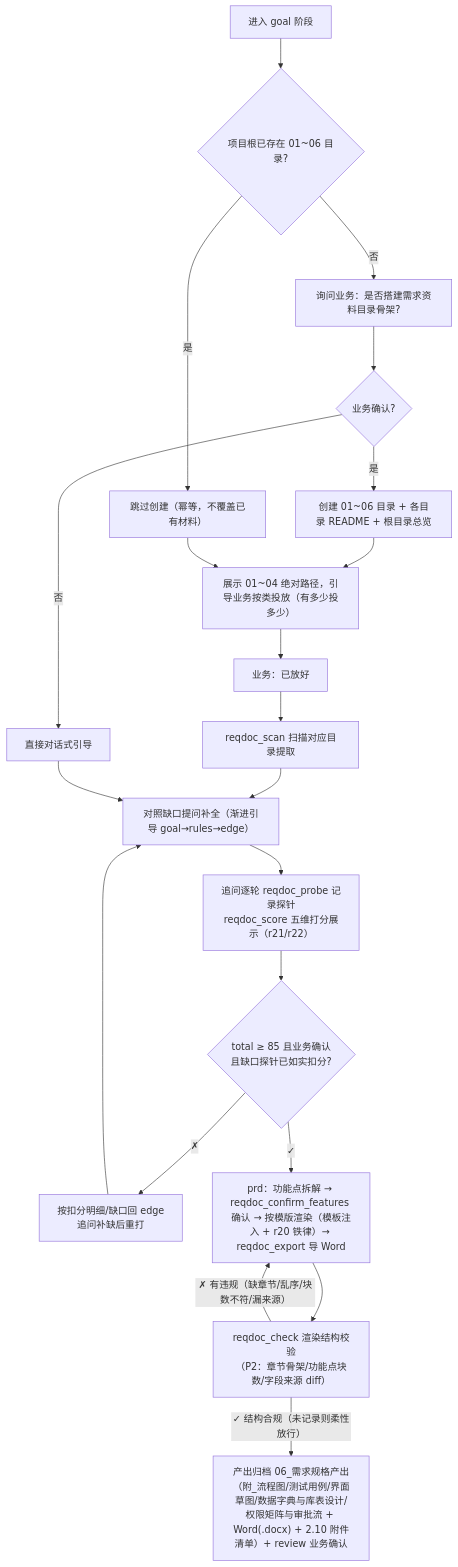
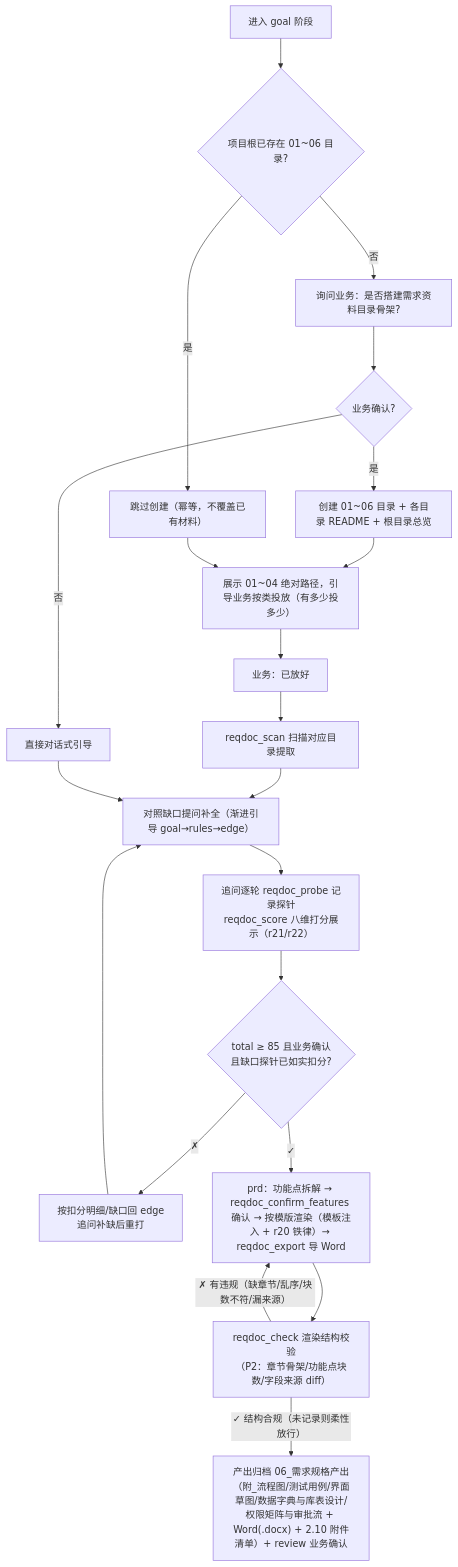
The third of 4 diagrams in opencode-session-mgmt/docs/workflow-reqdoc.md (wonglaitung/opencode), drawn with Mermaid before and after one commit. The commit also changed other lines of this file and 11 other files, not shown here.

````diff
--- a/opencode-session-mgmt/docs/workflow-reqdoc.md
+++ b/opencode-session-mgmt/docs/workflow-reqdoc.md
@@ -122,23 +122,23 @@
 ```mermaid
 flowchart TD
     A["进入 goal 阶段"] --> B{"项目根已存在 01~06 目录?"}
     B -- "否" --> C["询问业务：是否搭建需求资料目录骨架?"]
     C --> D{"业务确认?"}
     D -- "是" --> E["创建 01~06 目录 + 各目录 README + 根目录总览"]
     D -- "否" --> F["直接对话式引导"]
     B -- "是" --> G["跳过创建（幂等，不覆盖已有材料）"]
     E --> H["展示 01~04 绝对路径，引导业务按类投放（有多少投多少）"]
     G --> H
     H --> I["业务：已放好"]
     I --> J["reqdoc_scan 扫描对应目录提取"]
     J --> K["对照缺口提问补全（渐进引导 goal→rules→edge）"]
     F --> K
-    K --> S["追问逐轮 reqdoc_probe 记录探针<br/>reqdoc_score 五维打分展示（r21/r22）"]
+    K --> S["追问逐轮 reqdoc_probe 记录探针<br/>reqdoc_score 八维打分展示（r21/r22）"]
     S --> SG{"total ≥ 85 且业务确认<br/>且缺口探针已如实扣分?"}
     SG -->|"✗"| K2["按扣分明细/缺口回 edge<br/>追问补缺后重打"]
     K2 --> K
     SG -->|"✓"| L["prd：功能点拆解 → reqdoc_confirm_features 确认 → 按模版渲染（模板注入 + r20 铁律）→ reqdoc_export 导 Word"]
     L --> L2["reqdoc_check 渲染结构校验<br/>（P2：章节骨架/功能点块数/字段来源 diff）"]
     L2 -->|"✗ 有违规（缺章节/乱序/块数不符/漏来源）"| L
     L2 -->|"✓ 结构合规（未记录则柔性放行）"| M["产出归档 06_需求规格产出（附_流程图/测试用例/界面草图/数据字典与库表设计/权限矩阵与审批流 + Word(.docx) + 2.10 附件清单）+ review 业务确认"]
 ```
````
